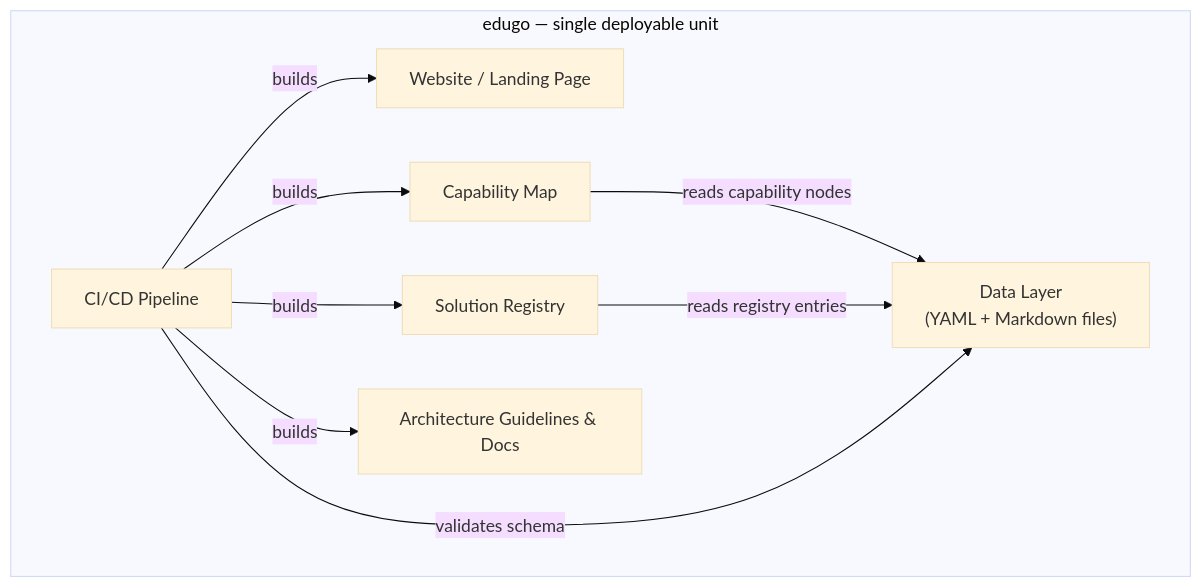
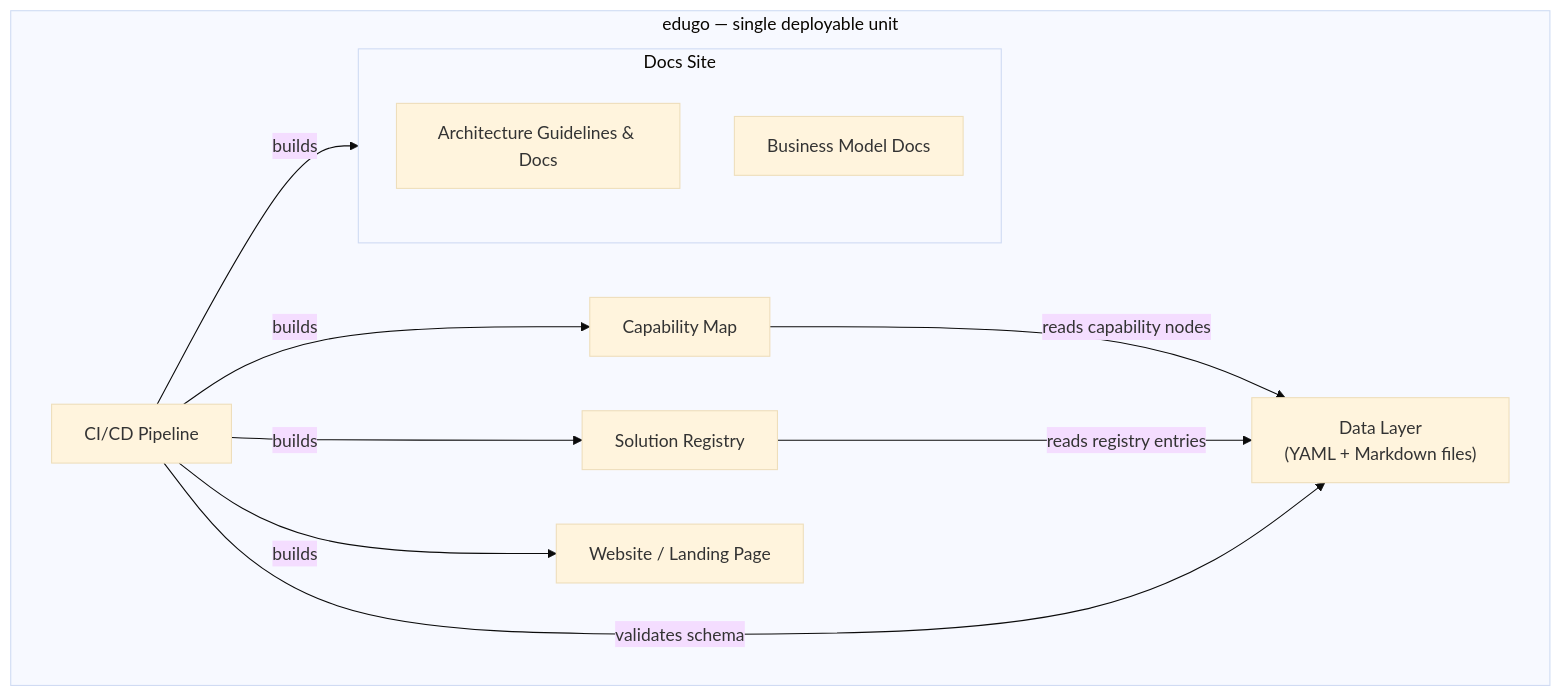
The diagram in docs/arc42/05-building-blocks.arc42.md (lernapps/docs), drawn with Mermaid (base theme) before and after one commit. The commit also changed other lines of this file and 29 other files, not shown here.

First line of the commit message:
docs: move biz42 to docs/biz42, split bb-docs, add evaluator and arc42-reader actors

````diff
--- a/docs/arc42/05-building-blocks.arc42.md
+++ b/docs/arc42/05-building-blocks.arc42.md
@@ -21,19 +21,22 @@
 ```mermaid
 graph TD
   subgraph edugo["edugo — single deployable unit"]
     bb_website["Website / Landing Page"]
     bb_cap["Capability Map"]
     bb_reg["Solution Registry"]
     bb_data["Data Layer\n(YAML + Markdown files)"]
-    bb_docs["Architecture Guidelines & Docs"]
+    subgraph bb_docs["Docs Site"]
+      bb_arc42["Architecture Guidelines & Docs"]
+      bb_biz42["Business Model Docs"]
+    end
     bb_cicd["CI/CD Pipeline"]
   end
 
   bb_cap -->|reads capability nodes| bb_data
   bb_reg -->|reads registry entries| bb_data
   bb_cicd -->|validates schema| bb_data
   bb_cicd -->|builds| bb_website
   bb_cicd -->|builds| bb_cap
   bb_cicd -->|builds| bb_reg
   bb_cicd -->|builds| bb_docs
 ```
````
